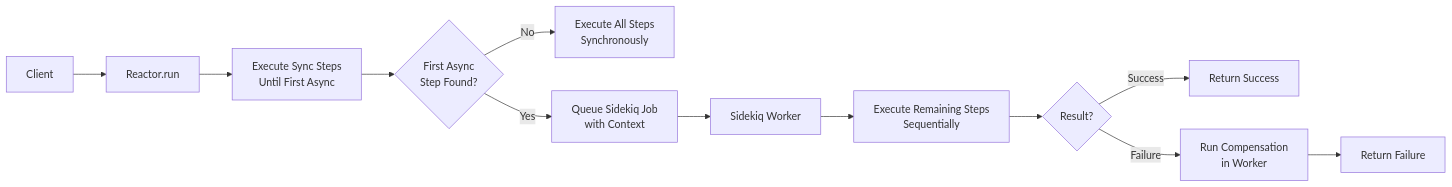
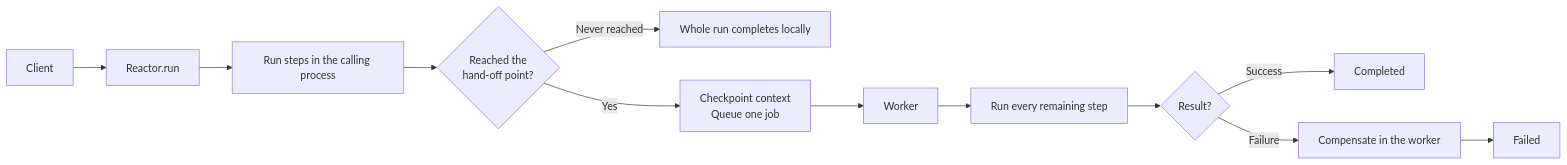
Before and after one commit to arturictus/ruby_reactor: the second of 2 diagrams in demo_app/documentation/async_reactors.md, drawn with Mermaid. The commit also changed other lines of this file and 187 other files, not shown here.

First line of the commit message:
feat: Async steps and reactors, background DSL instead of `async` (#46)

````diff
--- a/demo_app/documentation/async_reactors.md
+++ b/demo_app/documentation/async_reactors.md
@@ -120,14 +165,13 @@
 ```mermaid
 graph LR
     A[Client] --> B[Reactor.run]
-    B --> C[Execute Sync Steps<br/>Until First Async]
-    C --> D{First Async<br/>Step Found?}
-    D -->|No| E[Execute All Steps<br/>Synchronously]
-    D -->|Yes| F[Queue Sidekiq Job<br/>with Context]
-    F --> G[Sidekiq Worker]
-    G --> H[Execute Remaining Steps<br/>Sequentially]
+    B --> C[Run steps in the calling process]
+    C --> D{Reached the<br/>hand-off point?}
+    D -->|Never reached| E[Whole run completes locally]
+    D -->|Yes| F[Checkpoint context<br/>Queue one job]
+    F --> G[Worker]
+    G --> H[Run every remaining step]
     H --> I{Result?}
-    I -->|Success| J[Return Success]
-    I -->|Failure| K[Run Compensation<br/>in Worker]
-    K --> L[Return Failure]
+    I -->|Success| J[Completed]
+    I -->|Failure| K[Compensate in the worker] --> L[Failed]
 ```
````
